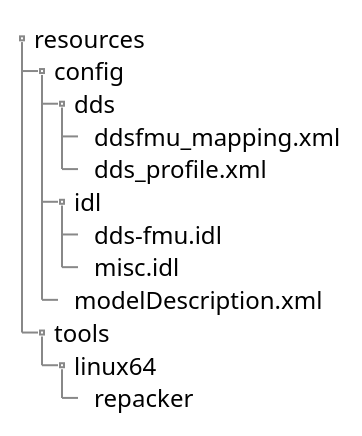
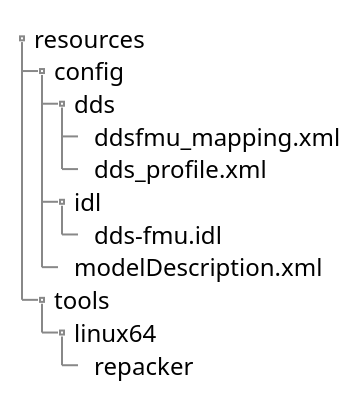
The second of 5 diagrams in docs/pdf/readme.org (dnv-opensource/dds-fmu), drawn with PlantUML before and after one commit. The commit also changed other lines of this file and 6 other files, not shown here.

```diff
--- a/docs/pdf/readme.org
+++ b/docs/pdf/readme.org
@@ -130,20 +130,19 @@
    #+begin_src plantuml :exports results :file images/resources.svg
      @startsalt
      {
      {T
      +resources
      ++ config
      +++ dds
      ++++ ddsfmu_mapping.xml
      ++++ dds_profile.xml
      +++ idl
      ++++ dds-fmu.idl
-     ++++ misc.idl
      +++ modelDescription.xml
      ++ tools
      +++ linux64
      ++++ repacker
      }
      }
      @endsalt
    #+end_src
```
